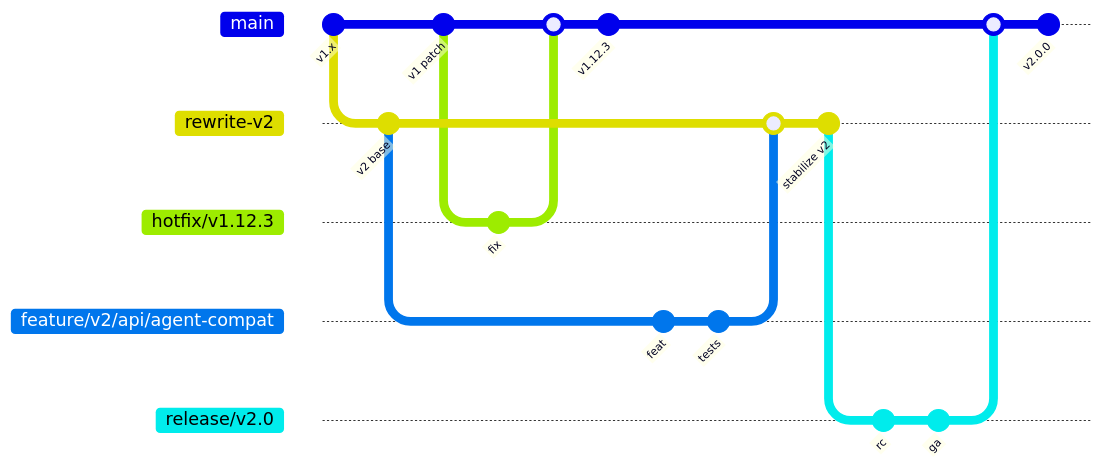
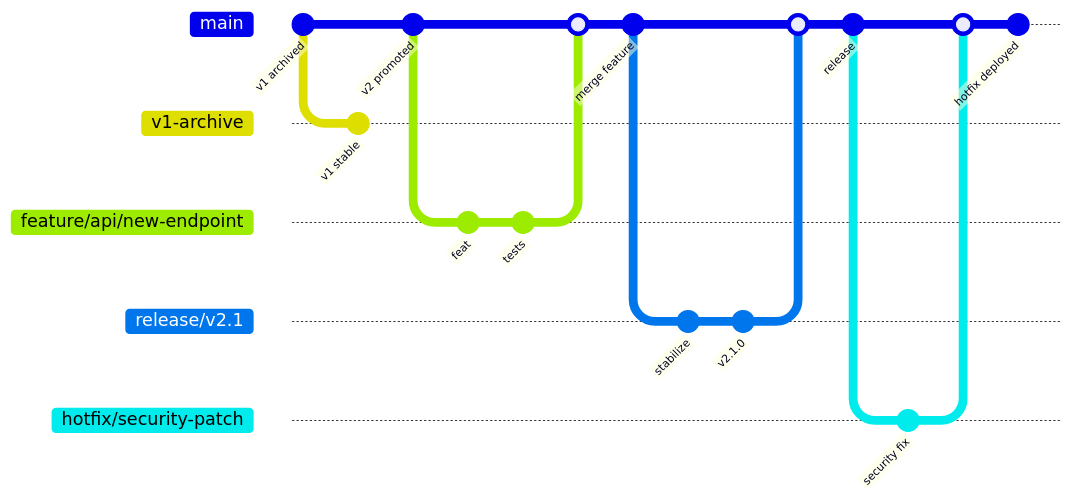
The diagram in CONTRIBUTING.md (unclesp1d3r/CipherSwarm), drawn with Mermaid before and after one commit. The commit also changed other lines of this file and 5 other files, not shown here.

````diff
--- a/CONTRIBUTING.md
+++ b/CONTRIBUTING.md
@@ -81,26 +87,25 @@
 ```mermaid
 gitGraph
-  commit id: "v1.x"
-  branch rewrite-v2
-  commit id: "v2 base"
+  commit id: "v1 archived"
+  branch v1-archive
+  commit id: "v1 stable"
   checkout main
-  commit id: "v1 patch"
-  branch hotfix/v1.12.3
-  commit id: "fix"
-  checkout main
-  merge hotfix/v1.12.3
-  commit id: "v1.12.3"
-  checkout rewrite-v2
-  branch feature/v2/api/agent-compat
+  commit id: "v2 promoted"
+  branch feature/api/new-endpoint
   commit id: "feat"
   commit id: "tests"
-  checkout rewrite-v2
-  merge feature/v2/api/agent-compat
-  commit id: "stabilize v2"
-  branch release/v2.0
-  commit id: "rc"
-  commit id: "ga"
   checkout main
-  merge release/v2.0
-  commit id: "v2.0.0"
+  merge feature/api/new-endpoint
+  commit id: "merge feature"
+  branch release/v2.1
+  commit id: "stabilize"
+  commit id: "v2.1.0"
+  checkout main
+  merge release/v2.1
+  commit id: "release"
+  branch hotfix/security-patch
+  commit id: "security fix"
+  checkout main
+  merge hotfix/security-patch
+  commit id: "hotfix deployed"
 ```
````
